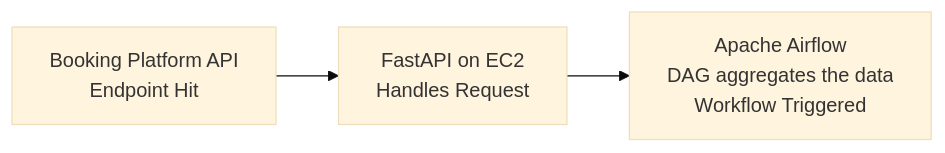
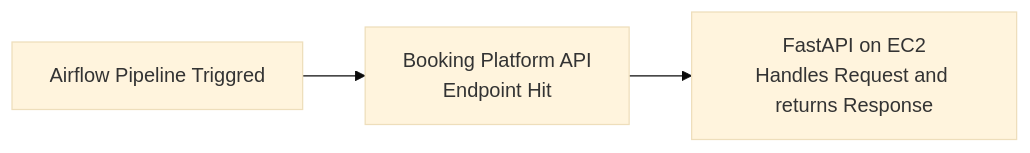
The third of 4 diagrams in README.md (psgpyc/Data-Engineering-Pipeline-Restaurant-Reservation-Data-Management), drawn with Mermaid (base theme) before and after one commit. The commit also changed other lines of this file, not shown here.

````diff
--- a/README.md
+++ b/README.md
@@ -80,5 +80,4 @@
 ```mermaid
 graph LR;
-    A[Booking Platform API<br>Endpoint Hit] --> B[FastAPI on EC2<br>Handles Request];
-    B --> C[Apache Airflow <br> DAG aggregates the data <br>Workflow Triggered];
+    A[Airflow Pipeline Triggred] --> B[Booking Platform API<br>Endpoint Hit] --> C[FastAPI on EC2<br>Handles Request and returns Response];
 ```
````
